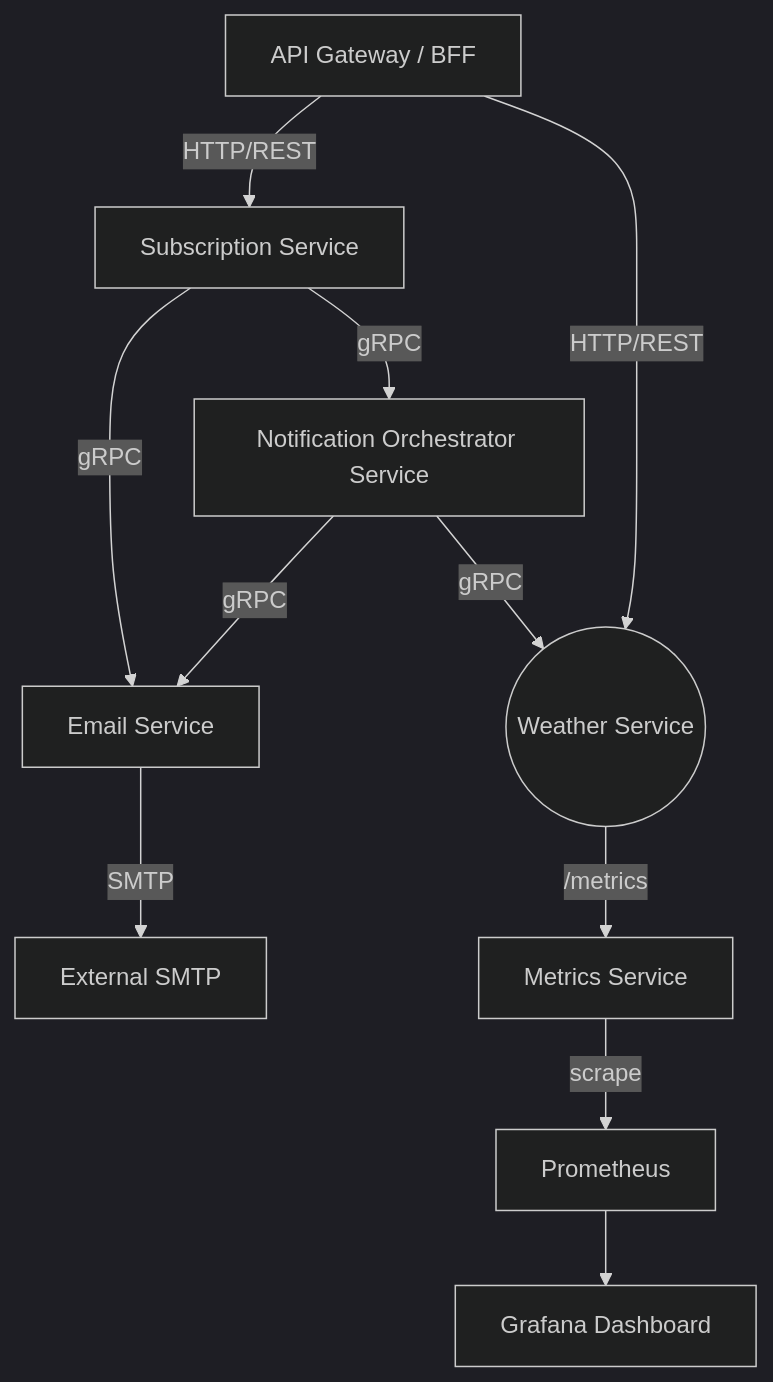
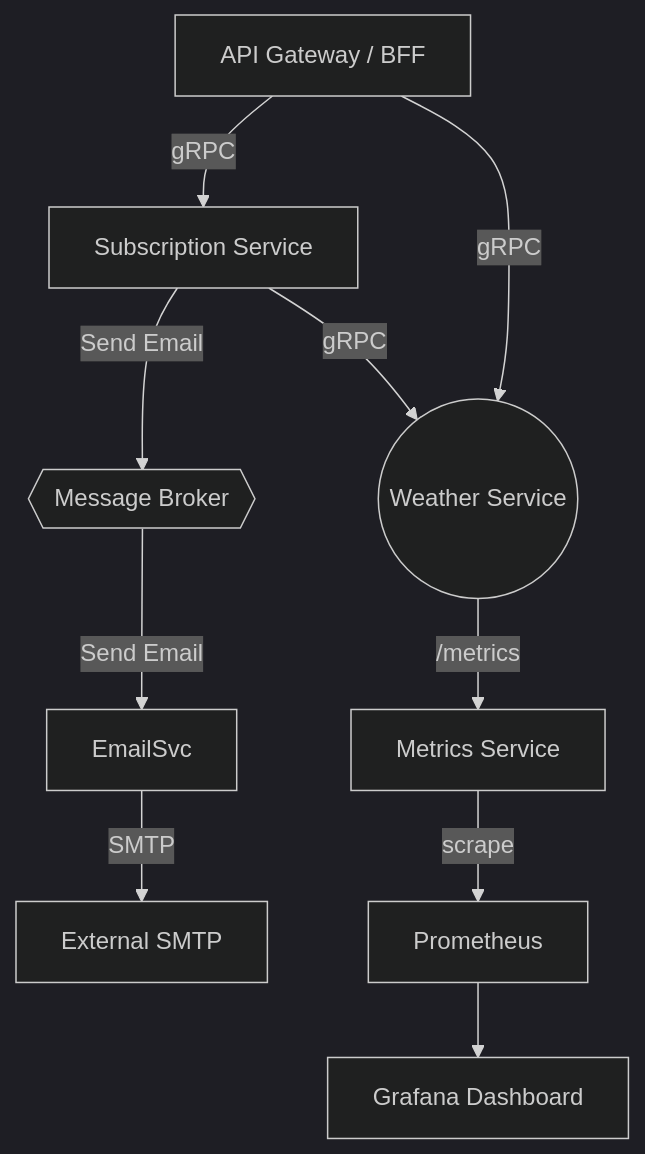
Before and after one commit to GenesisEducationKyiv/software-engineering-school-5-0-Nazarious-ucu: the diagram in arc/adrs/adr2.md, drawn with Mermaid (dark theme). The commit also changed other lines of this file, not shown here.

Commit message:
refactor: change diagram

````diff
--- a/arc/adrs/adr2.md
+++ b/arc/adrs/adr2.md
@@ -70,15 +68,14 @@
 ```mermaid
 flowchart TB
     APIGW[API Gateway / BFF]
-    APIGW -->|HTTP/REST| SubsSvc[Subscription Service]
-    APIGW -->|HTTP/REST| WthSvc[Weather Aggregator Service]
-    SubsSvc -->|gRPC| NotifOrch[Notification Orchestrator Service]
-    NotifOrch -->|gRPC| EmailSvc[Email Service]
-    SubsSvc -->|gRPC| EmailSvc
-    NotifOrch -->|gRPC| WthSvc
+    APIGW -->|gRPC| SubsSvc[Subscription Service]
+    APIGW -->|gRPC| WthSvc[Weather Aggregator Service]
+    SubsSvc --> |Send Email| MessageBroker{{Message Broker}}
+    MessageBroker -->| Send Email| EmailSvc
+    SubsSvc -->|gRPC| WthSvc
     EmailSvc -->|SMTP| SMTP[External SMTP]
         
     WthSvc((Weather Service)) -->|/metrics| Metrics[Metrics Service]
     Metrics -->|scrape| Prometheus[Prometheus]
     Prometheus --> Grafana[Grafana Dashboard]
 ```
````
